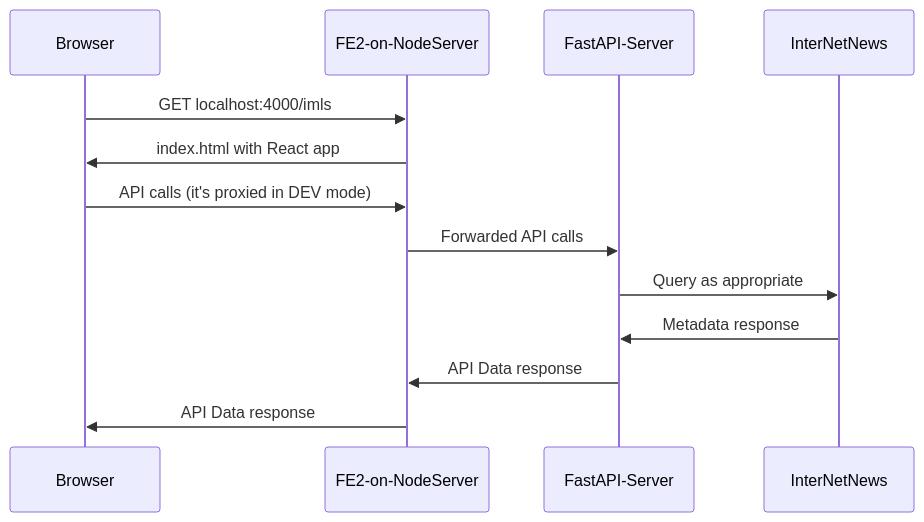
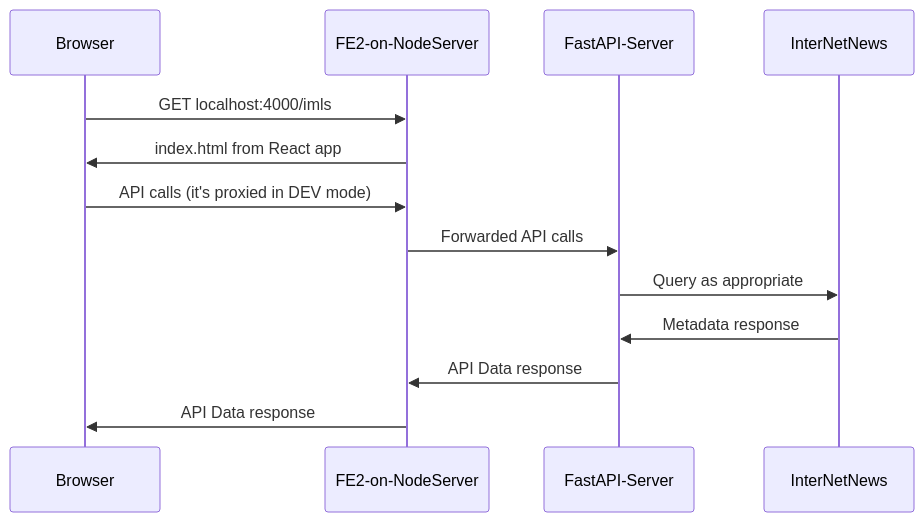
Before and after one commit to ISKME/Open-Metadata-Exchange: the diagram in README.md, drawn with Mermaid.

Commit message:
index.html from React app

````diff
--- a/README.md
+++ b/README.md
@@ -9,16 +9,16 @@
 ```mermaid
 sequenceDiagram
 	participant Browser
 	participant FE2-on-NodeServer
 	participant FastAPI-Server
 	participant InterNetNews
 
 	Browser->>FE2-on-NodeServer: GET localhost:4000/imls
-	FE2-on-NodeServer->>Browser: index.html with React app
+	FE2-on-NodeServer->>Browser: index.html from React app
 	Browser->>FE2-on-NodeServer: API calls (it's proxied in DEV mode)
 	FE2-on-NodeServer->>FastAPI-Server: Forwarded API calls
 	FastAPI-Server->>InterNetNews: Query as appropriate
         InterNetNews->>FastAPI-Server: Metadata response
 	FastAPI-Server->>FE2-on-NodeServer: API Data response
 	FE2-on-NodeServer->>Browser: API Data response
 ```
````
